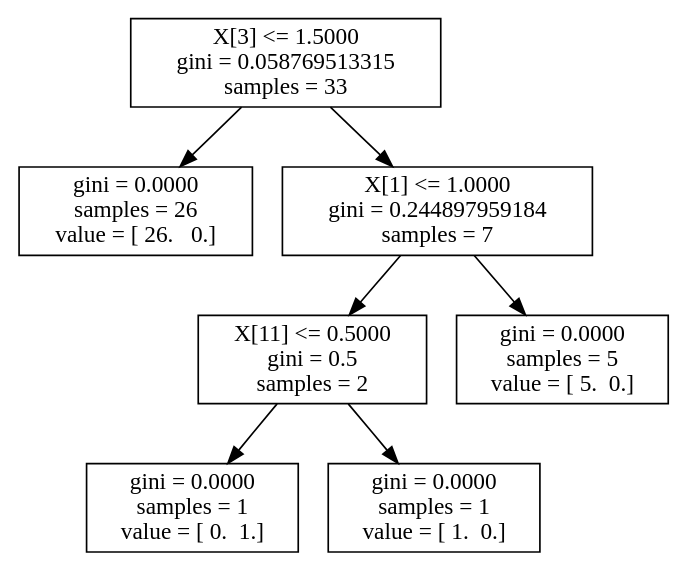
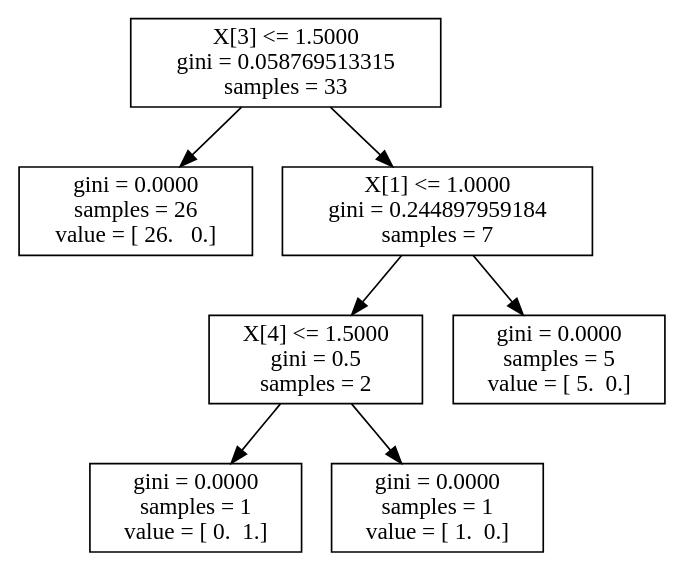
The diagram in neurosurgery_trees/shortSENSE.dot (akeshavan/myscripts), drawn with Graphviz before and after one commit. The commit also changed 24 other files, not shown here.

```diff
--- a/neurosurgery_trees/shortSENSE.dot
+++ b/neurosurgery_trees/shortSENSE.dot
@@ -1,15 +1,15 @@
 digraph Tree {
 0 [label="X[3] <= 1.5000\ngini = 0.058769513315\nsamples = 33", shape="box"] ;
 1 [label="gini = 0.0000\nsamples = 26\nvalue = [ 26.   0.]", shape="box"] ;
 0 -> 1 ;
 2 [label="X[1] <= 1.0000\ngini = 0.244897959184\nsamples = 7", shape="box"] ;
 0 -> 2 ;
-3 [label="X[11] <= 0.5000\ngini = 0.5\nsamples = 2", shape="box"] ;
+3 [label="X[4] <= 1.5000\ngini = 0.5\nsamples = 2", shape="box"] ;
 2 -> 3 ;
 4 [label="gini = 0.0000\nsamples = 1\nvalue = [ 0.  1.]", shape="box"] ;
 3 -> 4 ;
 5 [label="gini = 0.0000\nsamples = 1\nvalue = [ 1.  0.]", shape="box"] ;
 3 -> 5 ;
 6 [label="gini = 0.0000\nsamples = 5\nvalue = [ 5.  0.]", shape="box"] ;
 2 -> 6 ;
 }
```
